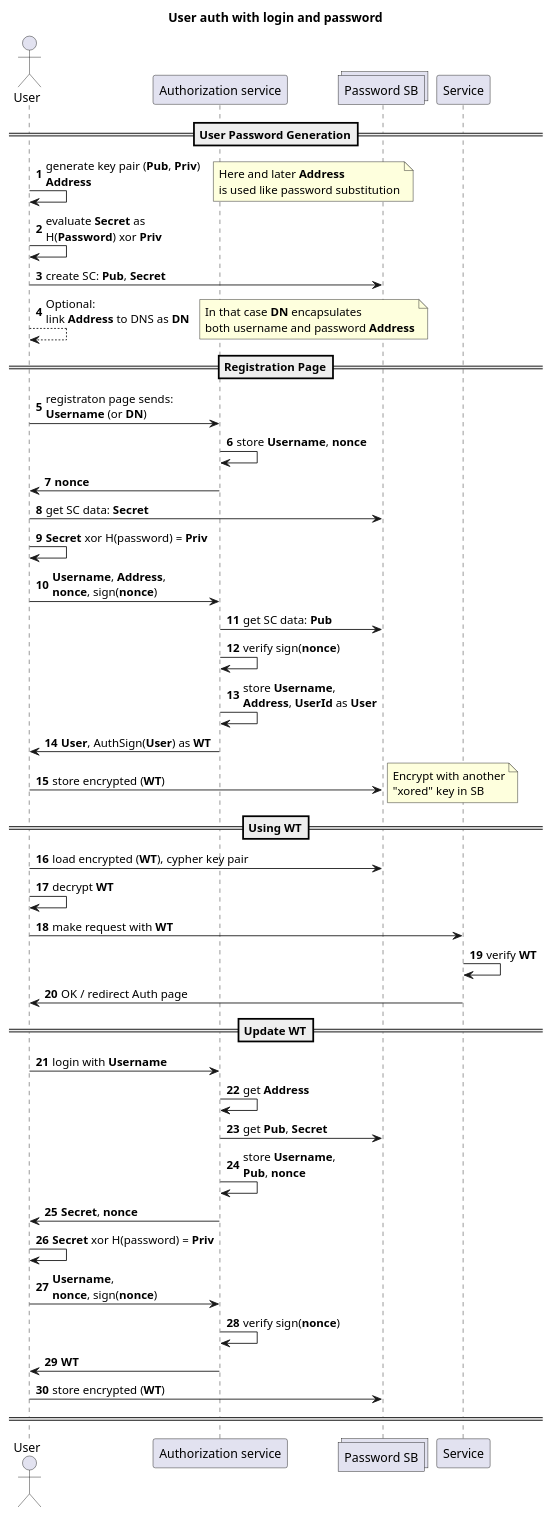
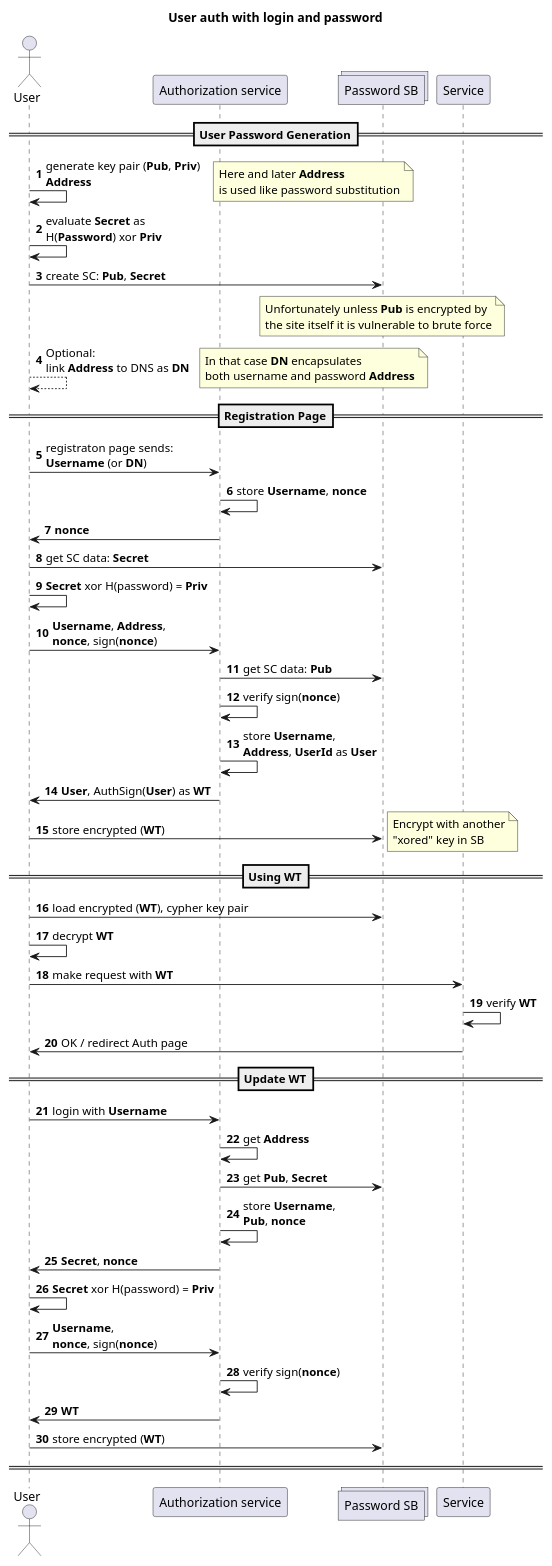
The diagram in diagrams/LoginPasswordRegistration.puml (odve/ton-auth), drawn with PlantUML before and after one commit. The commit also changed 11 other files, not shown here.

```diff
--- a/diagrams/LoginPasswordRegistration.puml
+++ b/diagrams/LoginPasswordRegistration.puml
@@ -1,88 +1,93 @@
 @startuml
 'https://plantuml.com/sequence-diagram
 
 title User auth with login and password
 
 autonumber
 
 actor User
 participant Auth as "Authorization service"
 collections Pwd as "Password SB"
 participant App as "Service"
 
 ==User Password Generation==
 
 User -> User : generate key pair (<b>Pub</b>, <b>Priv</b>) \n\
 <b>Address</b>
 note right
     Here and later <b>Address</b>
     is used like password substitution
 end note
 
 User -> User : evaluate <b>Secret</b> as\n\
 H(<b>Password</b>) xor <b>Priv</b>
 
 User -> Pwd : create SC: <b>Pub</b>, <b>Secret</b>
+note over Pwd
+    Unfortunately unless <b>Pub</b> is encrypted by
+    the site itself it is vulnerable to brute force
+end note
+
 User --> User : Optional: \n\
 link <b>Address</b> to DNS as <b>DN</b>
 note right
     In that case <b>DN</b> encapsulates
     both username and password <b>Address</b>
 end note
 
 ==Registration Page==
 
 User -> Auth : registraton page sends: \n\
 <b>Username</b> (or <b>DN</b>)
 
 Auth -> Auth : store <b>Username</b>, <b>nonce</b>
 Auth -> User : <b>nonce</b>
 
 User -> Pwd : get SC data: <b>Secret</b>
 User -> User : <b>Secret</b> xor H(password) = <b>Priv</b>
 User -> Auth : <b>Username</b>, <b>Address</b>, \n\
 <b>nonce</b>, sign(<b>nonce</b>)
 
 Auth -> Pwd : get SC data: <b>Pub</b>
 
 Auth -> Auth : verify sign(<b>nonce</b>)
 Auth -> Auth : store <b>Username</b>, \n\
 <b>Address</b>, <b>UserId</b> as <b>User</b>
 Auth -> User : <b>User</b>, AuthSign(<b>User</b>) as <b>WT</b>
 
 User -> Pwd : store encrypted (<b>WT</b>)
 note right
     Encrypt with another
     "xored" key in SB
 end note
 
 ==Using WT==
 
 User -> Pwd : load encrypted (<b>WT</b>), cypher key pair
 User -> User : decrypt <b>WT</b>
 User -> App : make request with <b>WT</b>
 
 App -> App : verify <b>WT</b>
 App -> User : OK / redirect Auth page
 
 ==Update WT==
 
 User -> Auth : login with <b>Username</b>
 
 Auth -> Auth : get <b>Address</b>
 Auth -> Pwd : get <b>Pub</b>, <b>Secret</b>
 Auth -> Auth : store <b>Username</b>, \n\
 <b>Pub</b>, <b>nonce</b>
 Auth -> User : <b>Secret</b>, <b>nonce</b>
 
 User -> User : <b>Secret</b> xor H(password) = <b>Priv</b>
 User -> Auth : <b>Username</b>, \n\
 <b>nonce</b>, sign(<b>nonce</b>)
 
 Auth -> Auth : verify sign(<b>nonce</b>)
 Auth -> User : <b>WT</b>
 
 User -> Pwd : store encrypted (<b>WT</b>)
 ====
 
 @enduml
```
